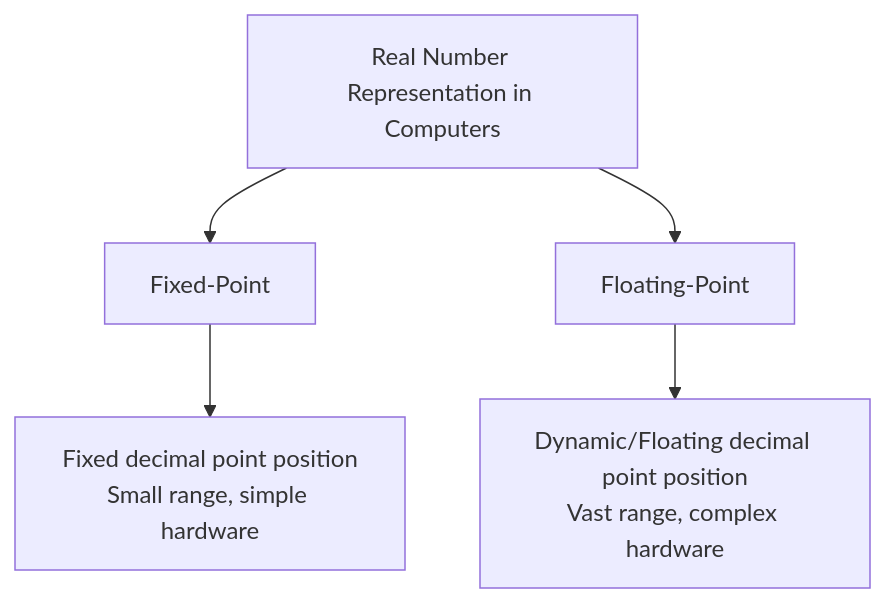
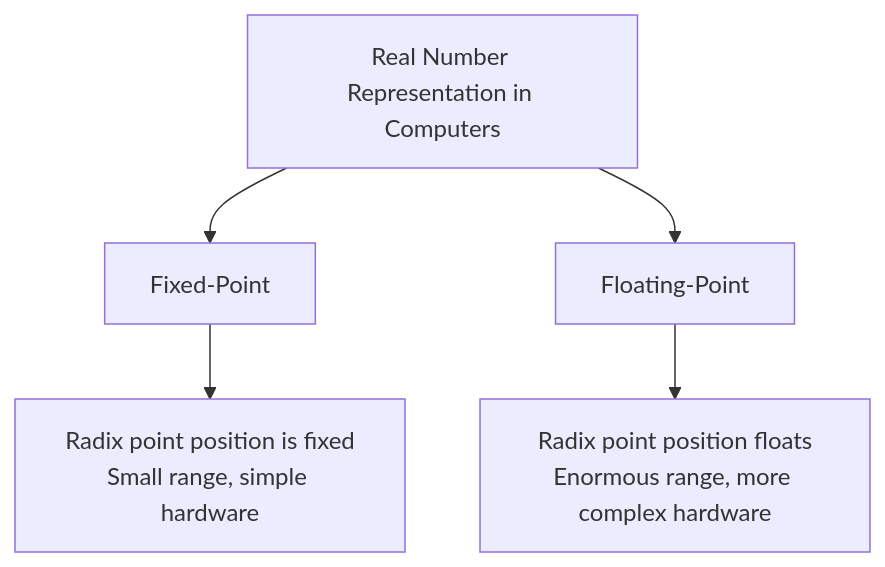
One commit to Mohammad-Khoshroo/number-systems changed the first of 8 diagrams in FLP.md. Above: the diagram before and after it, drawn with Mermaid. The commit also changed other lines of this file and 1 other file, not shown here.

````diff
--- a/FLP.md
+++ b/FLP.md
@@ -47,7 +26,7 @@
 ```mermaid
 flowchart TD
-    A[Real Number Representation in Computers] --> B[Fixed-Point]
+    A["Real Number Representation in Computers"] --> B[Fixed-Point]
     A --> C[Floating-Point]
-    B --> B1["Fixed decimal point position<br/>Small range, simple hardware"]
-    C --> C1["Dynamic/Floating decimal point position<br/>Vast range, complex hardware"]
+    B --> B1["Radix point position is fixed<br/>Small range, simple hardware"]
+    C --> C1["Radix point position floats<br/>Enormous range, more complex hardware"]
 ```
````
